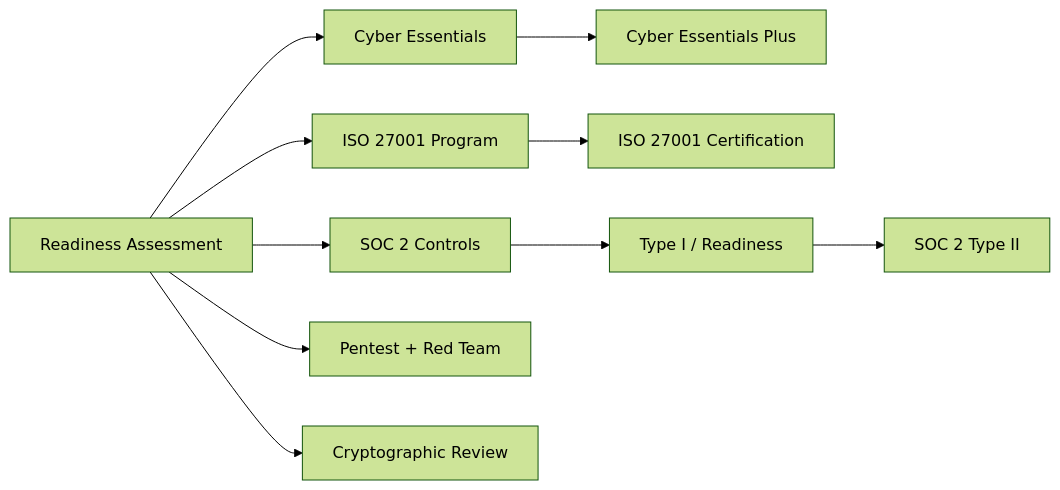
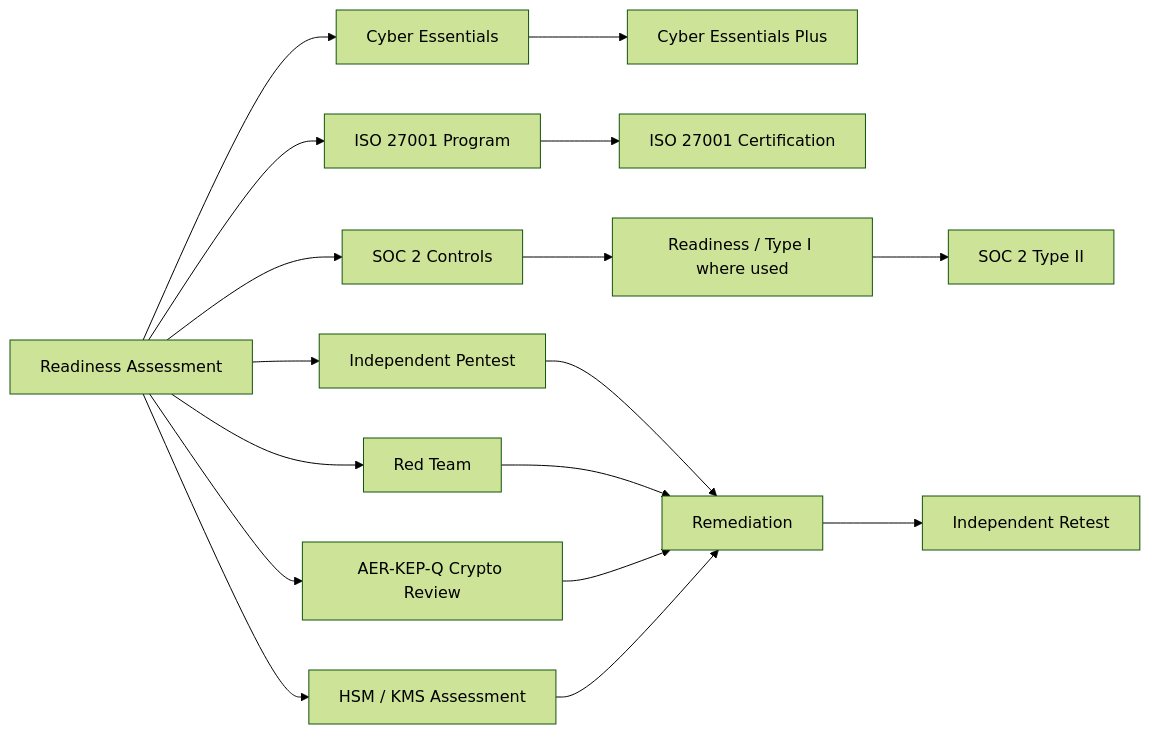
Before and after one commit to vishnuvardhanburri/VARDHAN_Q_CORE-PLATFORM: the tenth of 12 diagrams in docs/VARDHAN_ROADMAP.md, drawn with Mermaid (forest theme). The commit also changed other lines of this file, not shown here.

Commit message:
docs(roadmap): add visual assurance certification badges

````diff
--- a/docs/VARDHAN_ROADMAP.md
+++ b/docs/VARDHAN_ROADMAP.md
@@ -318,12 +318,20 @@
 ```mermaid
 flowchart LR
-    R[Readiness Assessment] --> C1[Cyber Essentials]
-    C1 --> C2[Cyber Essentials Plus]
+    R[Readiness Assessment]
+    R --> CE[Cyber Essentials]
+    CE --> CEP[Cyber Essentials Plus]
     R --> ISO[ISO 27001 Program]
     ISO --> ISOC[ISO 27001 Certification]
     R --> SOC[SOC 2 Controls]
-    SOC --> T1[Type I / Readiness]
+    SOC --> T1[Readiness / Type I where used]
     T1 --> T2[SOC 2 Type II]
-    R --> PT[Pentest + Red Team]
-    R --> CR[Cryptographic Review]
+    R --> PT[Independent Pentest]
+    R --> RT[Red Team]
+    R --> CR[AER-KEP-Q Crypto Review]
+    R --> HSM[HSM / KMS Assessment]
+    PT --> FIX[Remediation]
+    RT --> FIX
+    CR --> FIX
+    HSM --> FIX
+    FIX --> RETEST[Independent Retest]
 ```
````
